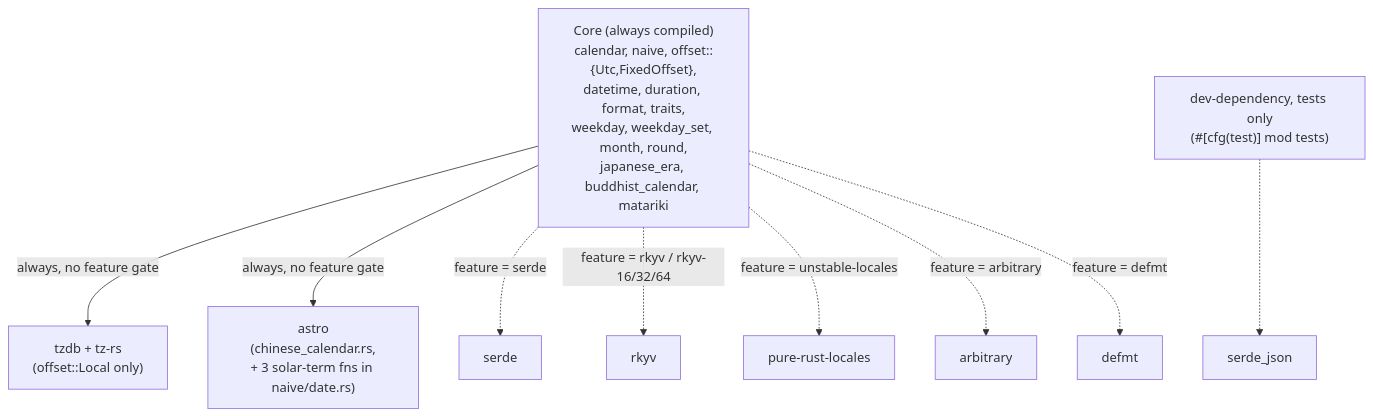
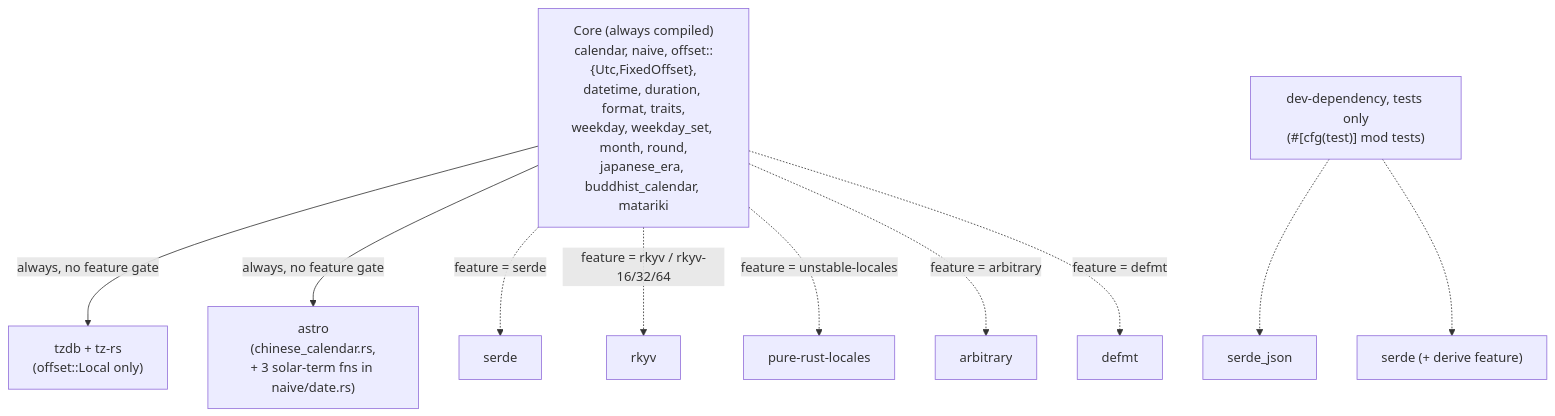
One commit to Fab2bprog/Time-Compute changed the fourth of 5 diagrams in docs/Architecture.md. Above: the diagram before and after it, drawn with Mermaid. The commit also changed other lines of this file and 3 other files, not shown here.

First line of the commit message:
Fix real compile error: restore serde's derive feature as a dev-dependency

````diff
--- a/docs/Architecture.md
+++ b/docs/Architecture.md
@@ -332,15 +332,16 @@
 ```mermaid
 graph TD
     core["Core (always compiled)<br/>calendar, naive, offset::{Utc,FixedOffset},<br/>datetime, duration, format, traits,<br/>weekday, weekday_set, month, round,<br/>japanese_era, buddhist_calendar, matariki"]
 
     core -->|"always, no feature gate"| tzdb["tzdb + tz-rs<br/>(offset::Local only)"]
     core -->|"always, no feature gate"| astro["astro<br/>(chinese_calendar.rs,<br/>+ 3 solar-term fns in naive/date.rs)"]
 
     core -.->|"feature = serde"| serde["serde"]
     core -.->|"feature = rkyv / rkyv-16/32/64"| rkyv["rkyv"]
     core -.->|"feature = unstable-locales"| locales["pure-rust-locales"]
     core -.->|"feature = arbitrary"| arbitrary["arbitrary"]
     core -.->|"feature = defmt"| defmt["defmt"]
 
     devonly["dev-dependency, tests only<br/>(#[cfg(test)] mod tests)"] -.-> serdejson["serde_json"]
+    devonly -.-> serdederive["serde (+ derive feature)"]
 ```
````
